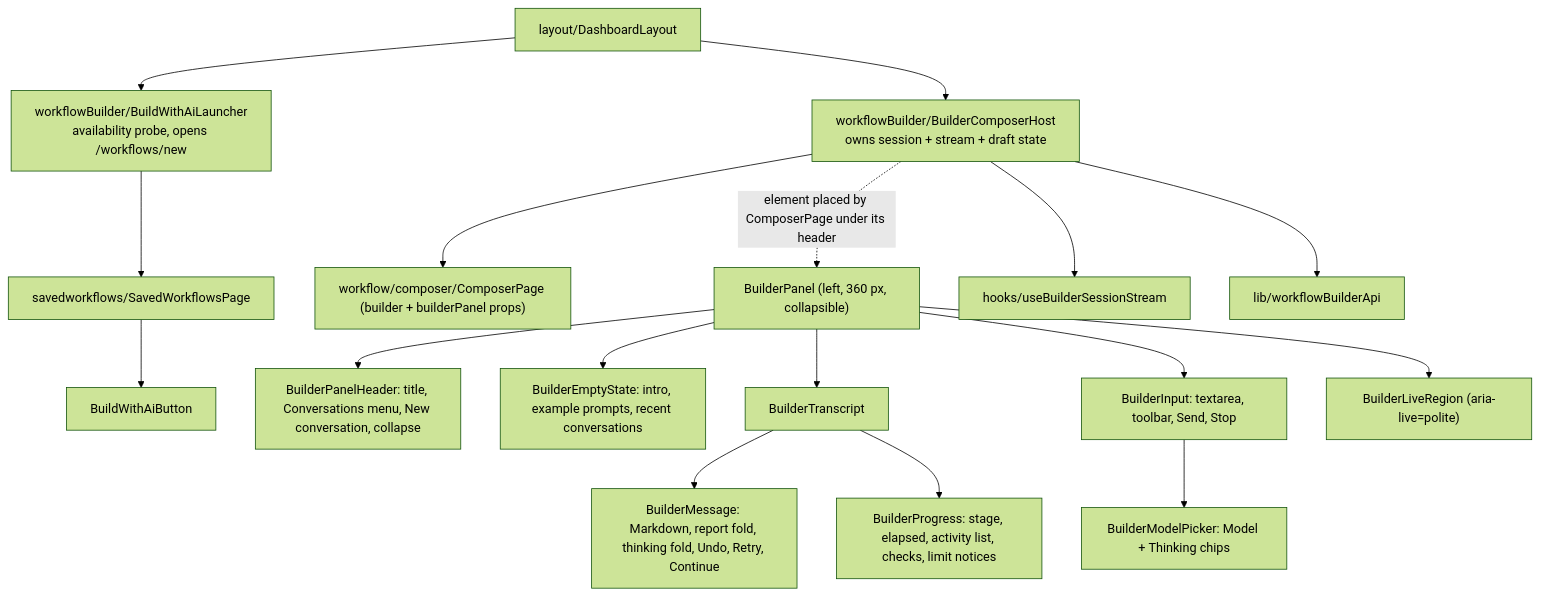
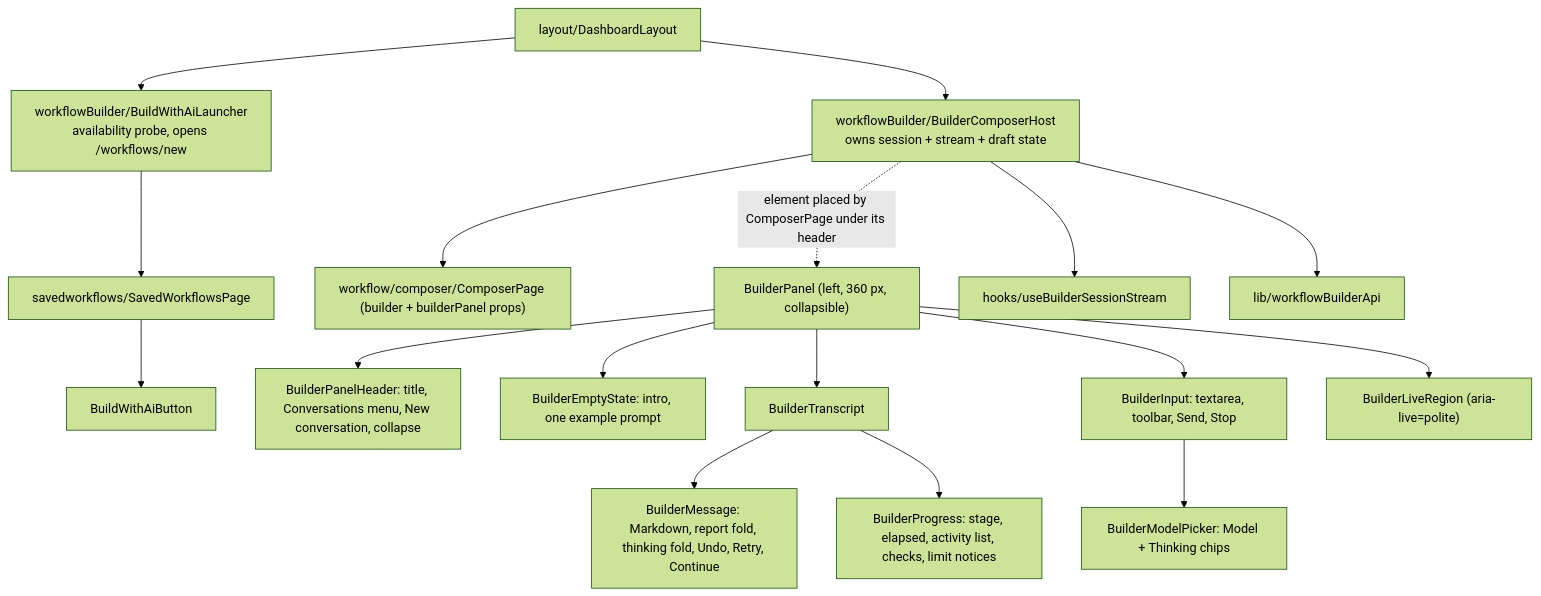
Before and after one commit to prateek-sinha7/IdeaFlowAI: the fourth of 5 diagrams in .kiro/specs/ai-workflow-builder/design.md, drawn with Mermaid (forest theme). The commit also changed other lines of this file and 26 other files, not shown here.

````diff
--- a/.kiro/specs/ai-workflow-builder/design.md
+++ b/.kiro/specs/ai-workflow-builder/design.md
@@ -1368,19 +1368,19 @@
 ```mermaid
 flowchart TD
   DL["layout/DashboardLayout"] --> HOST["workflowBuilder/BuilderComposerHost<br/>owns session + stream + draft state"]
   DL --> LAUNCH["workflowBuilder/BuildWithAiLauncher<br/>availability probe, opens /workflows/new"]
   LAUNCH --> SWP["savedworkflows/SavedWorkflowsPage"]
   SWP --> BTN1["BuildWithAiButton"]
   HOST --> CP["workflow/composer/ComposerPage (builder + builderPanel props)"]
   HOST -.->|"element placed by ComposerPage under its header"| PANEL["BuilderPanel (left, 360 px, collapsible)"]
   PANEL --> HDR["BuilderPanelHeader: title, Conversations menu, New conversation, collapse"]
-  PANEL --> EMPTY["BuilderEmptyState: intro, example prompts, recent conversations"]
+  PANEL --> EMPTY["BuilderEmptyState: intro, one example prompt"]
   PANEL --> TX["BuilderTranscript"]
   TX --> MSG["BuilderMessage: Markdown, report fold, thinking fold, Undo, Retry, Continue"]
   TX --> PROG["BuilderProgress: stage, elapsed, activity list, checks, limit notices"]
   PANEL --> INPUT["BuilderInput: textarea, toolbar, Send, Stop"]
   INPUT --> PICK["BuilderModelPicker: Model + Thinking chips"]
   PANEL --> LIVE["BuilderLiveRegion (aria-live=polite)"]
   HOST --> HOOK["hooks/useBuilderSessionStream"]
   HOST --> API["lib/workflowBuilderApi"]
 ```
````
